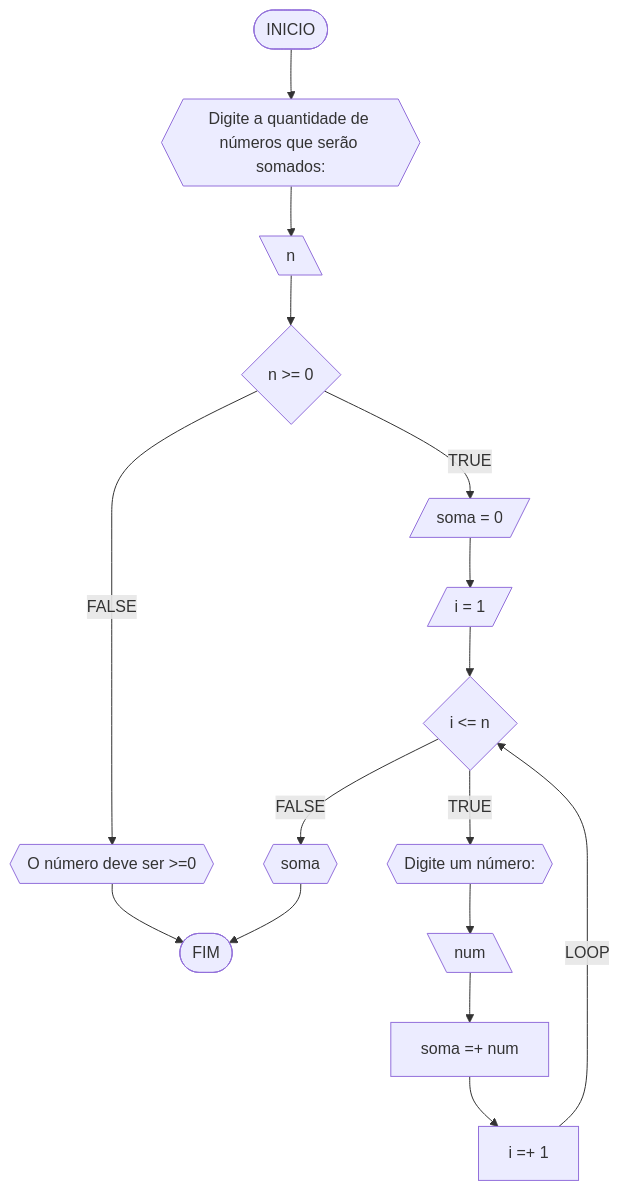
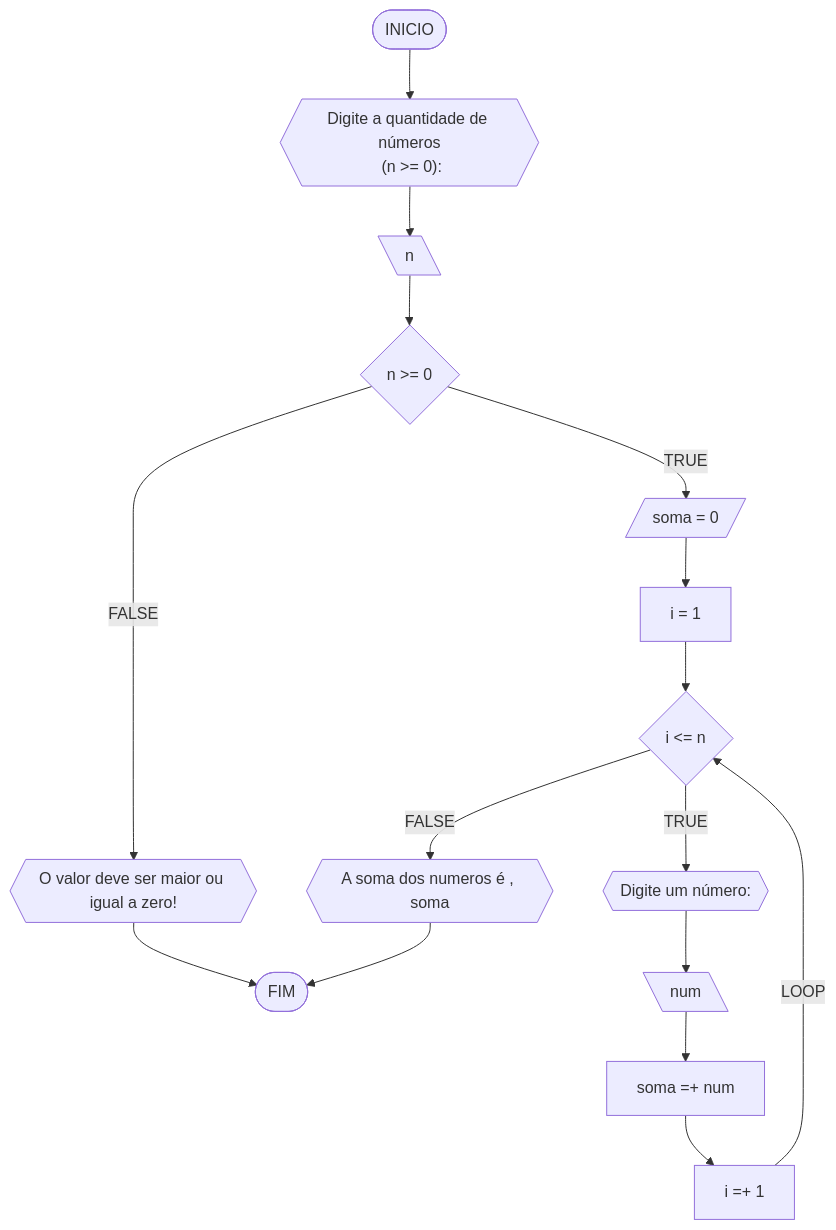
The third of 7 diagrams in RLA/unidade1/AD1.md (AlissonFT2/unifor), drawn with Mermaid before and after one commit. The commit also changed other lines of this file, not shown here.

````diff
--- a/RLA/unidade1/AD1.md
+++ b/RLA/unidade1/AD1.md
@@ -147,18 +145,18 @@
 ```mermaid
 flowchart TD
-A([INICIO]) --> B{{"Digite a quantidade de números que serão somados: "}}
+A([INICIO]) --> B{{"Digite a quantidade de números<br> (n >= 0):"}}
 B --> C[\n\]
 C --> D{n >= 0}
-D --FALSE-->N{{"O número deve ser >=0"}}
+D --FALSE-->N{{"O valor deve ser maior ou igual a zero!"}}
 N --> M([FIM])
 D --TRUE--> E[/soma = 0/]
-E --> F[/i = 1/]
+E --> F[i = 1]
 F --> G{i <= n}
-G --FALSE--> L{{soma}}
+G --FALSE--> L{{"A soma dos numeros é , soma"}}
 L --> M
 G --TRUE--> H{{Digite um número: }}
 H --> I[\num\]
 I --> J[soma =+ num]
 J --> K[i =+ 1]
 K --LOOP--> G
 ```
````
